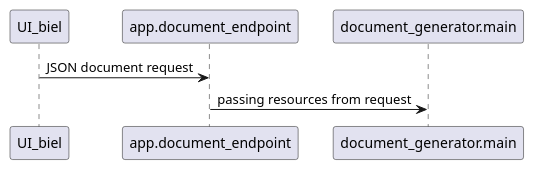
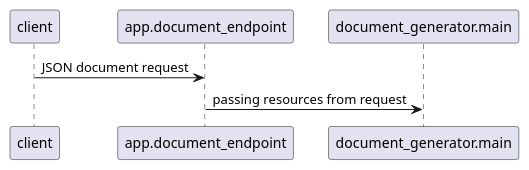
One commit to WycliffeAssociates/DOC changed the diagram in docs/design.org. Above: the diagram before and after it, drawn with PlantUML.

Commit message:
Update docs
Update interaction diagram. Client could be UI or backend API client.

```diff
--- a/docs/design.org
+++ b/docs/design.org
@@ -237,4 +237,4 @@
 #+begin_src plantuml :file wa_design_sequence_diagram1.png :exports results
-UI_biel -> app.document_endpoint: JSON document request
+client -> app.document_endpoint: JSON document request
 app.document_endpoint -> document_generator.main: passing resources from request
 #+end_src
```
